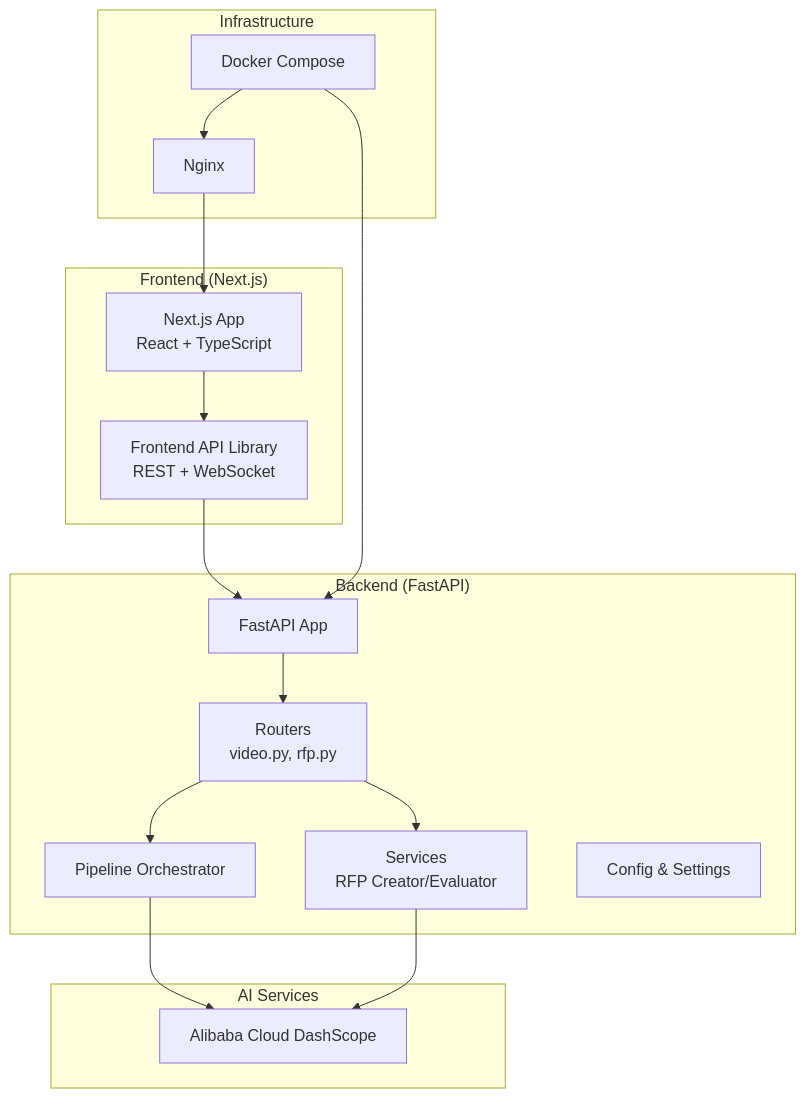
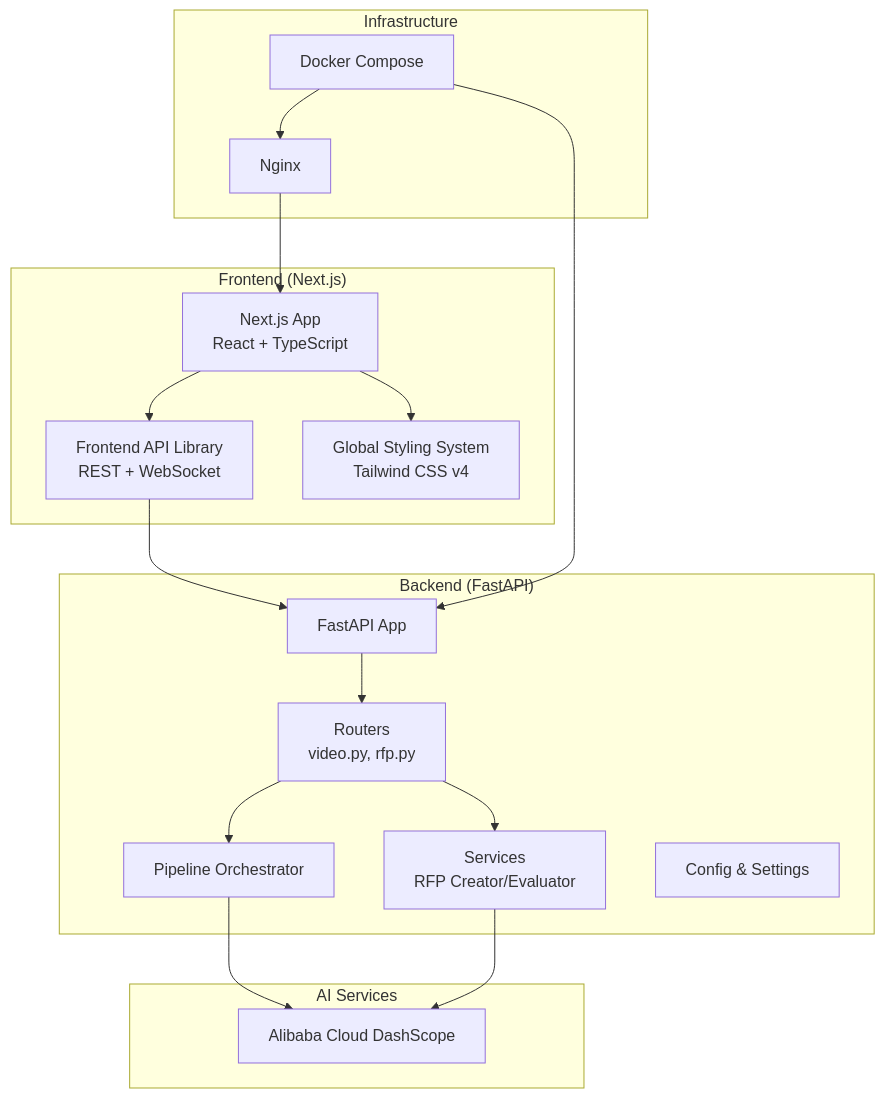
The first of 10 diagrams in .qoder/repowiki/en/content/System Architecture/Technology Stack.md (alexandreybasta-cyber/dubai-media-ai), drawn with Mermaid before and after one commit. The commit also changed other lines of this file and 55 other files, not shown here.

````diff
--- a/.qoder/repowiki/en/content/System Architecture/Technology Stack.md
+++ b/.qoder/repowiki/en/content/System Architecture/Technology Stack.md
@@ -42,31 +50,33 @@
 ```mermaid
 graph TB
 subgraph "Frontend (Next.js)"
 FE_APP["Next.js App<br/>React + TypeScript"]
 FE_LIB["Frontend API Library<br/>REST + WebSocket"]
+FE_CSS["Global Styling System<br/>Tailwind CSS v4"]
 end
 subgraph "Backend (FastAPI)"
 FASTAPI["FastAPI App"]
 ROUTERS["Routers<br/>video.py, rfp.py"]
 PIPELINE["Pipeline Orchestrator"]
 SERVICES["Services<br/>RFP Creator/Evaluator"]
 CONFIG["Config & Settings"]
 end
 subgraph "Infrastructure"
 NGINX["Nginx"]
 DOCKER["Docker Compose"]
 end
 subgraph "AI Services"
 DASHSCOPE["Alibaba Cloud DashScope"]
 end
 FE_APP --> FE_LIB
+FE_APP --> FE_CSS
 FE_LIB --> FASTAPI
 FASTAPI --> ROUTERS
 ROUTERS --> PIPELINE
 ROUTERS --> SERVICES
 PIPELINE --> DASHSCOPE
 SERVICES --> DASHSCOPE
 DOCKER --> NGINX
 DOCKER --> FASTAPI
 NGINX --> FE_APP
 ```
````
